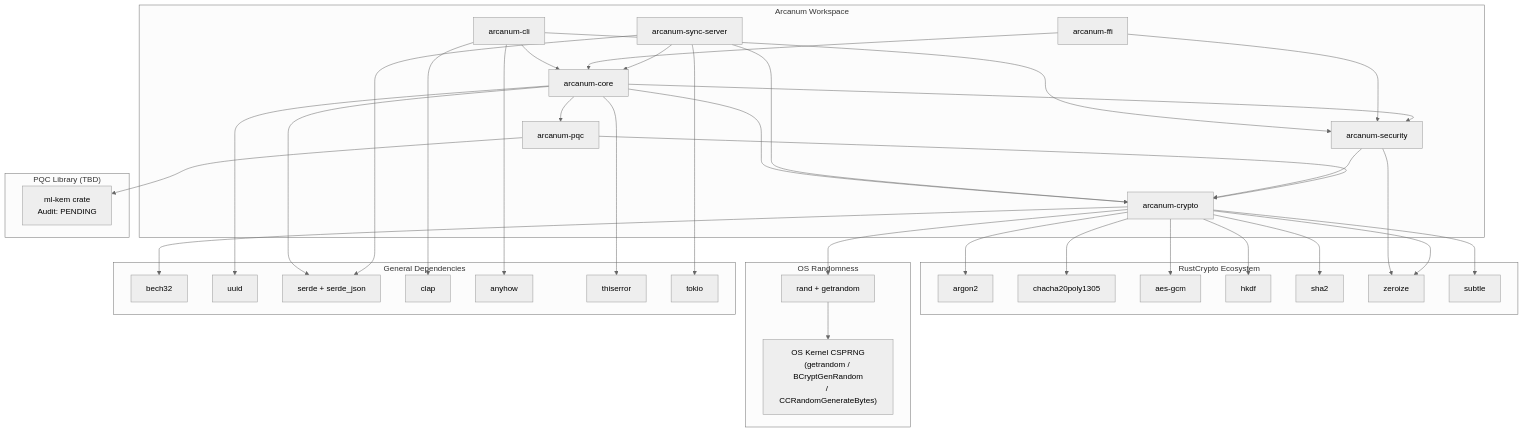
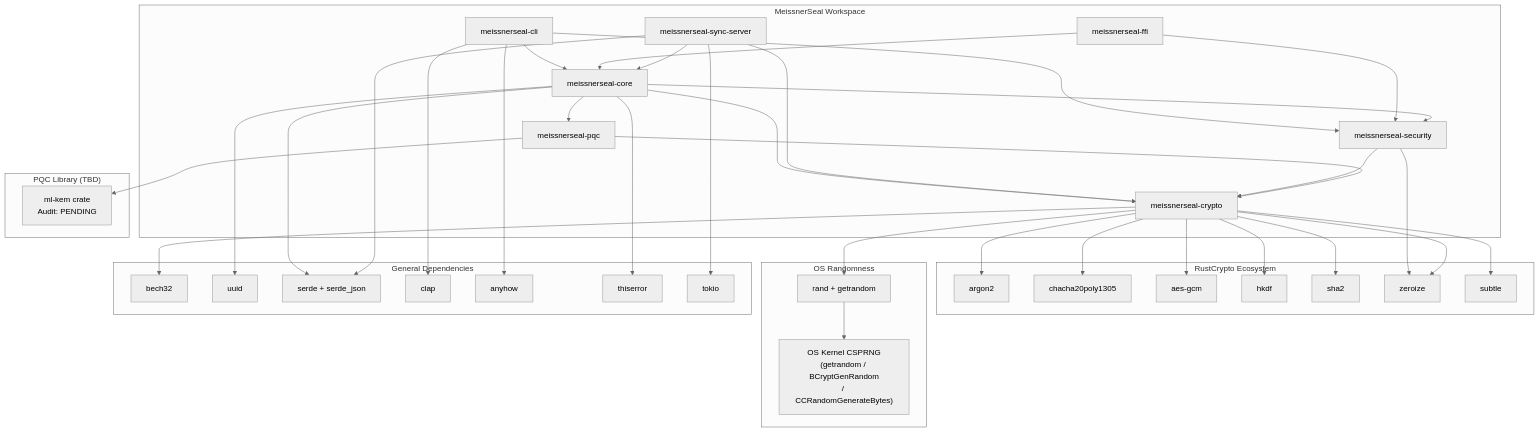
Before and after one commit to umudique/meissnerseal: the diagram in docs/security/supply_chain.md, drawn with Mermaid (neutral theme). The commit also changed other lines of this file and 164 other files, not shown here.

````diff
--- a/docs/security/supply_chain.md
+++ b/docs/security/supply_chain.md
@@ -11,79 +11,79 @@
 ```mermaid
 graph TD
-    subgraph arcanum ["Arcanum Workspace"]
-        cli["arcanum-cli"]
-        core["arcanum-core"]
-        crypto["arcanum-crypto"]
-        pqc["arcanum-pqc"]
-        security["arcanum-security"]
-        ffi["arcanum-ffi"]
-        server["arcanum-sync-server"]
+    subgraph meissnerseal ["MeissnerSeal Workspace"]
+        cli["meissnerseal-cli"]
+        core["meissnerseal-core"]
+        crypto["meissnerseal-crypto"]
+        pqc["meissnerseal-pqc"]
+        security["meissnerseal-security"]
+        ffi["meissnerseal-ffi"]
+        server["meissnerseal-sync-server"]
     end
 
     subgraph rustcrypto ["RustCrypto Ecosystem"]
         argon2["argon2"]
         chacha["chacha20poly1305"]
         aesgcm["aes-gcm"]
         hkdf["hkdf"]
         sha2["sha2"]
         zeroize["zeroize"]
         subtle["subtle"]
     end
 
     subgraph osrng ["OS Randomness"]
         rand["rand + getrandom"]
         kernel["OS Kernel CSPRNG\n(getrandom / BCryptGenRandom\n/ CCRandomGenerateBytes)"]
     end
 
     subgraph pqclib ["PQC Library (TBD)"]
         mlkem["ml-kem crate\nAudit: PENDING"]
     end
 
     subgraph general ["General Dependencies"]
         bech32["bech32"]
         uuid["uuid"]
         serde["serde + serde_json"]
         clap["clap"]
         anyhow["anyhow"]
         thiserror["thiserror"]
         tokio["tokio"]
     end
 
     cli --> core
     cli --> security
     cli --> clap
     cli --> anyhow
 
     ffi --> core
     ffi --> security
 
     core --> crypto
     core --> pqc
     core --> security
     core --> uuid
     core --> serde
     core --> thiserror
 
     server --> core
     server --> crypto
     server --> tokio
     server --> serde
 
     security --> crypto
     security --> zeroize
 
     crypto --> argon2
     crypto --> chacha
     crypto --> aesgcm
     crypto --> hkdf
     crypto --> sha2
     crypto --> rand
     crypto --> zeroize
     crypto --> subtle
     crypto --> bech32
 
     pqc --> crypto
     pqc --> mlkem
 
     rand --> kernel
 ```
````
